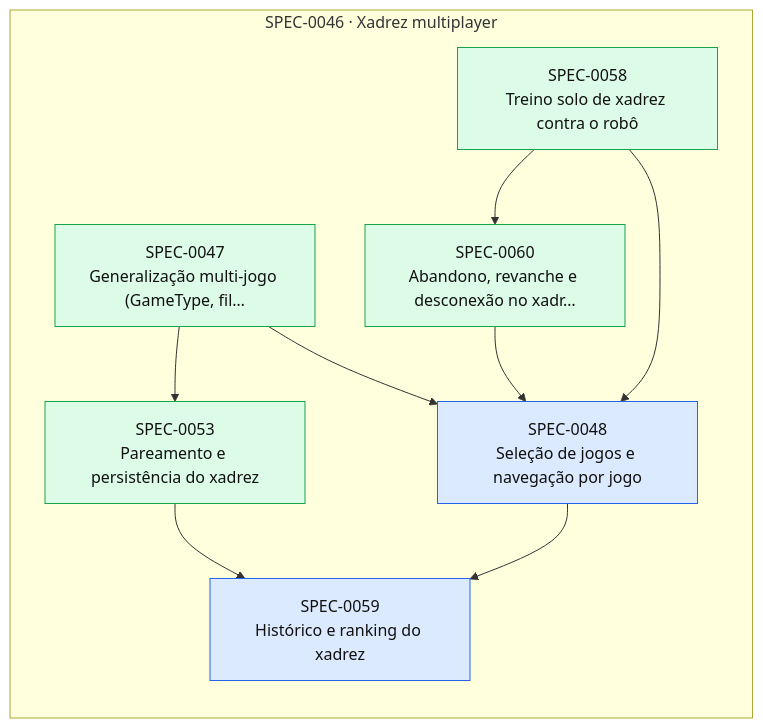
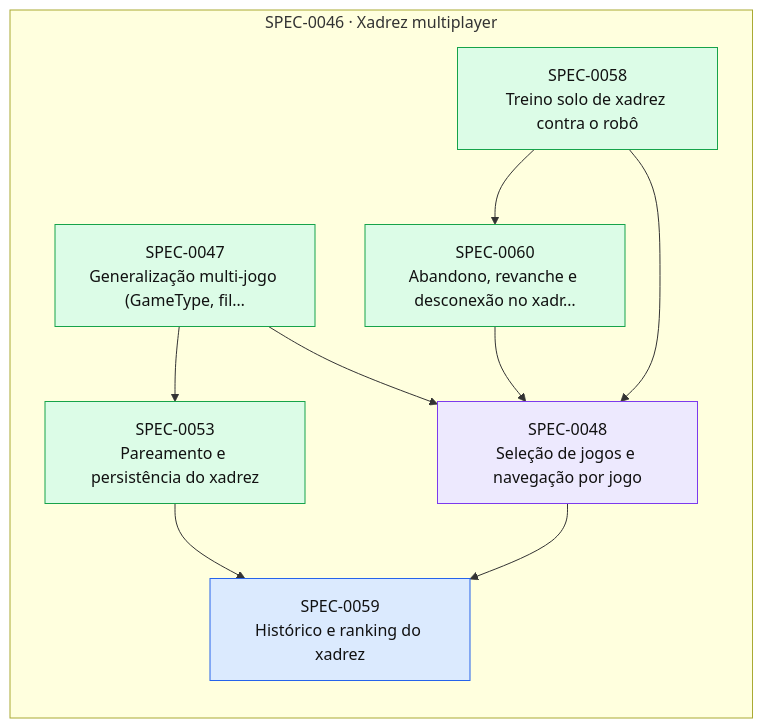
The diagram in docs/specs/INDEX.md (thomasravache/jogo-da-velha-multiplayer), drawn with Mermaid before and after one commit. The commit also changed other lines of this file and 1 other file, not shown here.

First line of the commit message:
docs(specs): iniciar SPEC-0048

````diff
--- a/docs/specs/INDEX.md
+++ b/docs/specs/INDEX.md
@@ -38,23 +38,23 @@
 ```mermaid
 flowchart LR
   subgraph E0046["SPEC-0046 · Xadrez multiplayer"]
     S0047["SPEC-0047<br/>Generalização multi-jogo (GameType, fil…"]:::implemented
-    S0048["SPEC-0048<br/>Seleção de jogos e navegação por jogo"]:::approved
+    S0048["SPEC-0048<br/>Seleção de jogos e navegação por jogo"]:::inprogress
     S0053["SPEC-0053<br/>Pareamento e persistência do xadrez"]:::implemented
     S0058["SPEC-0058<br/>Treino solo de xadrez contra o robô"]:::implemented
     S0059["SPEC-0059<br/>Histórico e ranking do xadrez"]:::approved
     S0060["SPEC-0060<br/>Abandono, revanche e desconexão no xadr…"]:::implemented
   end
   S0047 --> S0048
   S0058 --> S0048
   S0060 --> S0048
   S0047 --> S0053
   S0048 --> S0059
   S0053 --> S0059
   S0058 --> S0060
   classDef proposed fill:#fef3c7,stroke:#d97706,color:#111
   classDef approved fill:#dbeafe,stroke:#2563eb,color:#111
   classDef inprogress fill:#ede9fe,stroke:#7c3aed,color:#111
   classDef implemented fill:#dcfce7,stroke:#16a34a,color:#111
   classDef deprecated fill:#f3f4f6,stroke:#9ca3af,color:#6b7280
 ```
````
